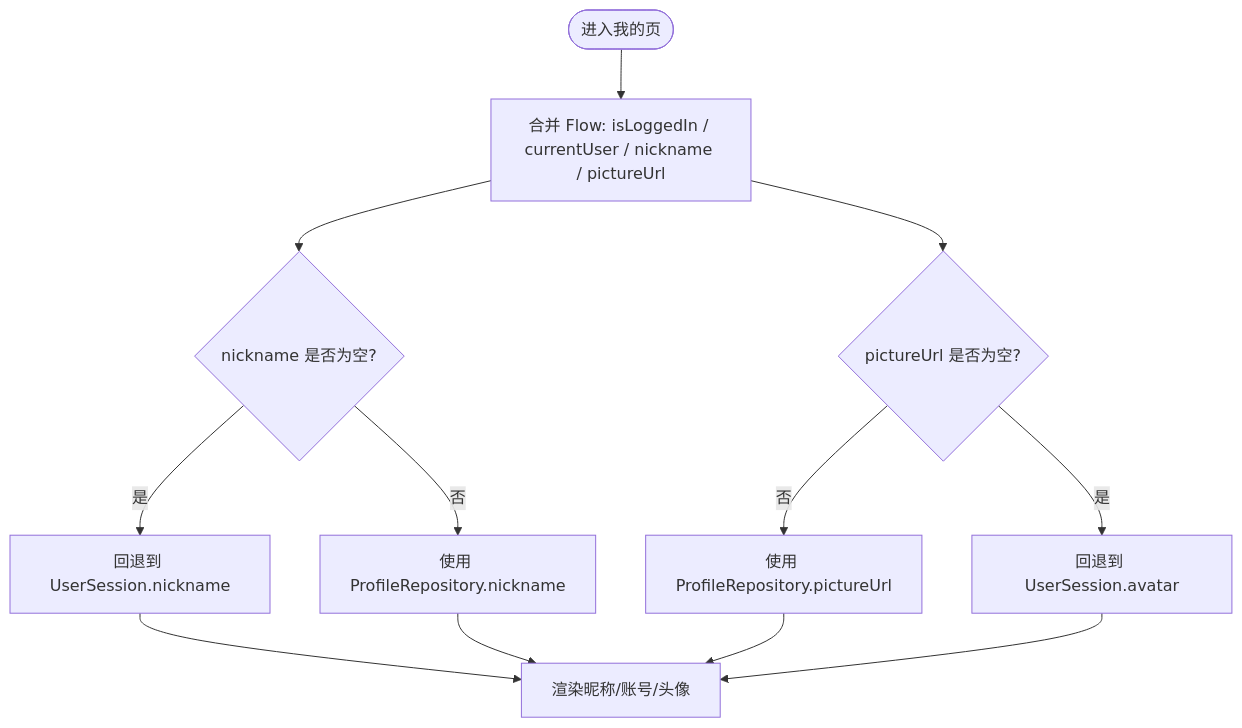
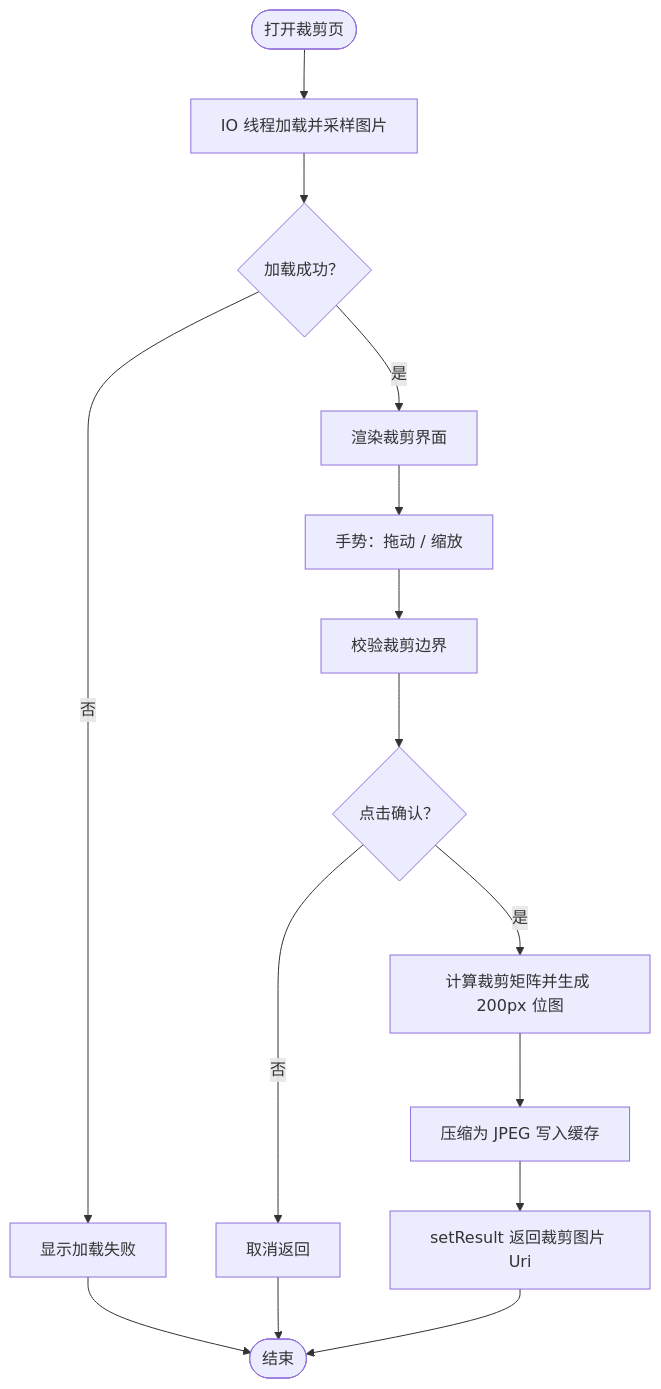
One commit to xrn1997/android-ebook changed the third of 5 diagrams in .qoder/repowiki/zh/content/核心模块/个人中心模块 (module_me)/用户信息管理.md. Above: the diagram before and after it, drawn with Mermaid. The commit also changed other lines of this file and 456 other files, not shown here.

````diff
--- a/.qoder/repowiki/zh/content/核心模块/个人中心模块 (module_me)/用户信息管理.md
+++ b/.qoder/repowiki/zh/content/核心模块/个人中心模块 (module_me)/用户信息管理.md
@@ -125,14 +191,17 @@
 ```mermaid
 flowchart TD
-    Start(["进入我的页"]) --> Combine["合并 Flow: isLoggedIn / currentUser / nickname / pictureUrl"]
-    Combine --> Nick{"nickname 是否为空?"}
-    Nick -- 否 --> UsePRNick["使用 ProfileRepository.nickname"]
-    Nick -- 是 --> UseUSSick["回退到 UserSession.nickname"]
-    Combine --> Av{"pictureUrl 是否为空?"}
-    Av -- 否 --> UsePRAv["使用 ProfileRepository.pictureUrl"]
-    Av -- 是 --> UseUSA["回退到 UserSession.avatar"]
-    UseUSSick --> Render["渲染昵称/账号/头像"]
-    UsePRNick --> Render
-    UsePRAv --> Render
-    UseUSA --> Render
+    Start(["打开裁剪页"]) --> Load["IO 线程加载并采样图片"]
+    Load --> Loaded{"加载成功？"}
+    Loaded -->|否| ShowError["显示加载失败"]
+    Loaded -->|是| Render["渲染裁剪界面"]
+    Render --> Gesture["手势：拖动 / 缩放"]
+    Gesture --> Validate["校验裁剪边界"]
+    Validate --> Confirm{"点击确认？"}
+    Confirm -->|否| Cancel["取消返回"]
+    Confirm -->|是| Crop["计算裁剪矩阵并生成 200px 位图"]
+    Crop --> Save["压缩为 JPEG 写入缓存"]
+    Save --> Return["setResult 返回裁剪图片 Uri"]
+    Return --> End(["结束"])
+    ShowError --> End
+    Cancel --> End
 ```
````
